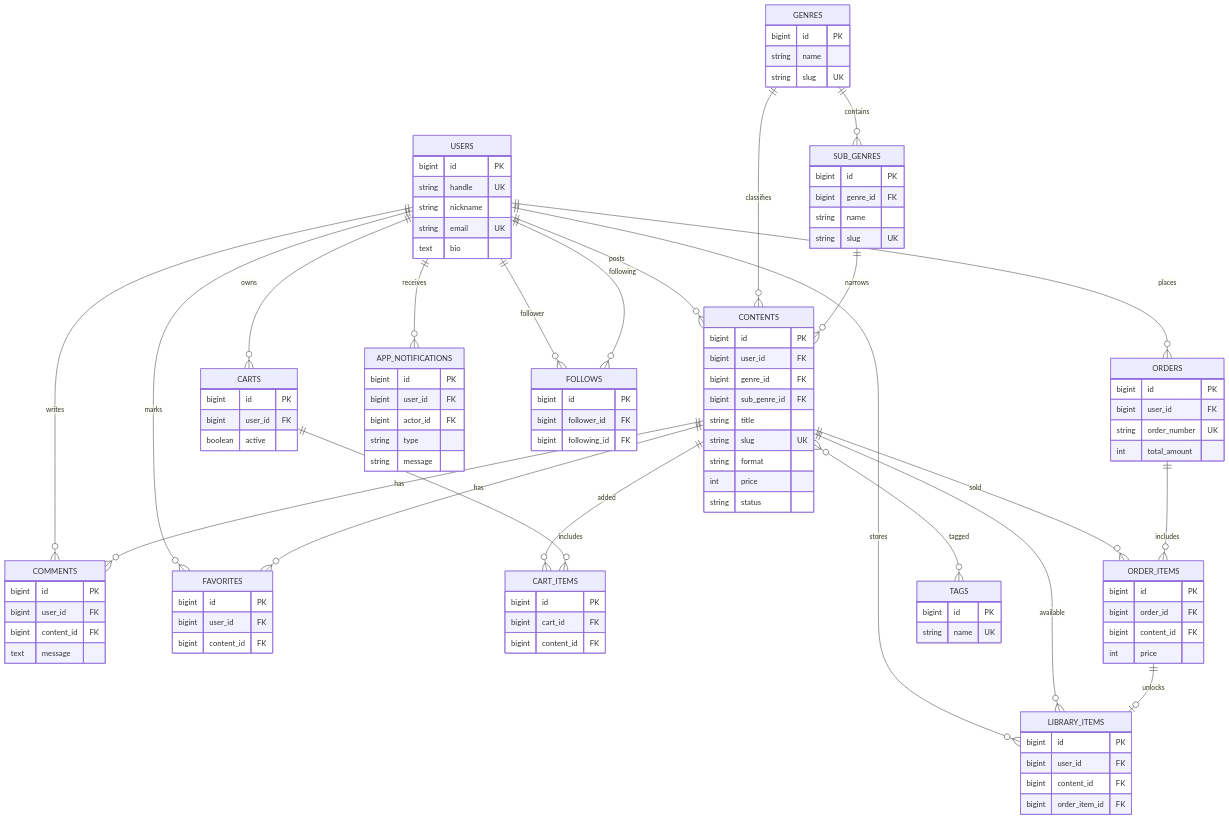
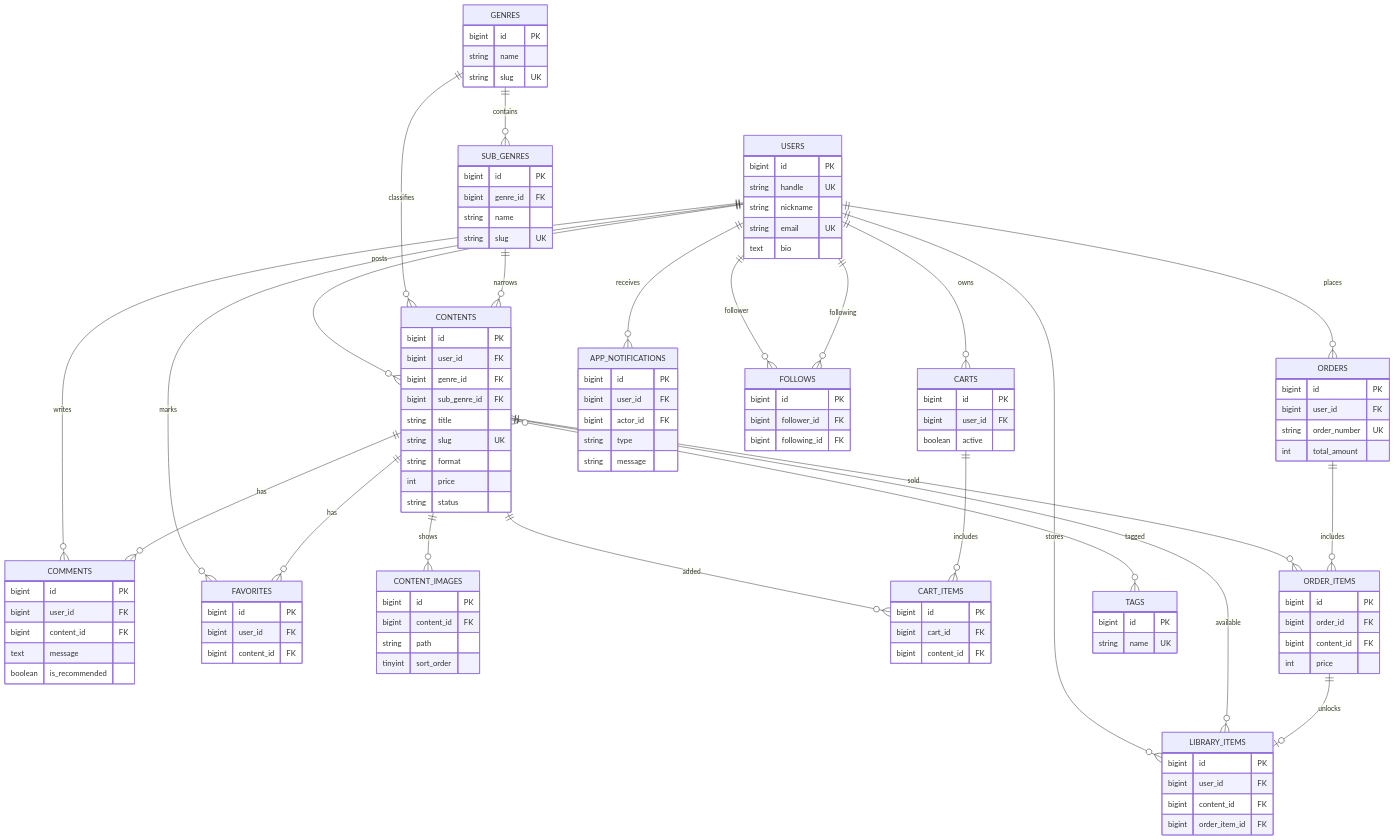
One commit to VrSuzuki/DigitalAssetPort_FleaMarketApp changed the diagram in README.md. Above: the diagram before and after it, drawn with Mermaid. The commit also changed other lines of this file and 140 other files, not shown here.

```diff
--- a/README.md
+++ b/README.md
@@ -41,6 +42,7 @@
     GENRES ||--o{ CONTENTS : classifies
     SUB_GENRES ||--o{ CONTENTS : narrows
     CONTENTS ||--o{ COMMENTS : has
+    CONTENTS ||--o{ CONTENT_IMAGES : shows
     CONTENTS ||--o{ FAVORITES : has
     CONTENTS ||--o{ CART_ITEMS : added
     CONTENTS ||--o{ ORDER_ITEMS : sold
@@ -98,6 +100,13 @@
         bigint user_id FK
         bigint content_id FK
         text message
+        boolean is_recommended
+    }
+    CONTENT_IMAGES {
+        bigint id PK
+        bigint content_id FK
+        string path
+        tinyint sort_order
     }
     CARTS {
         bigint id PK
```
